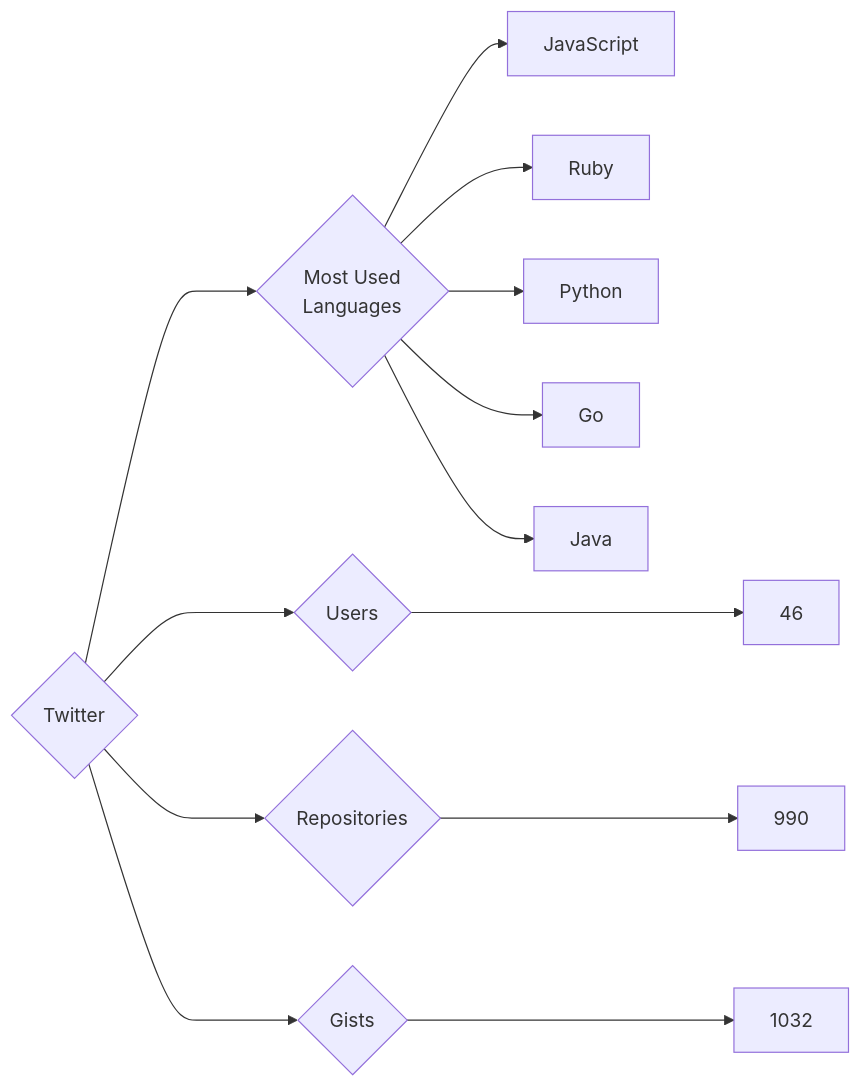
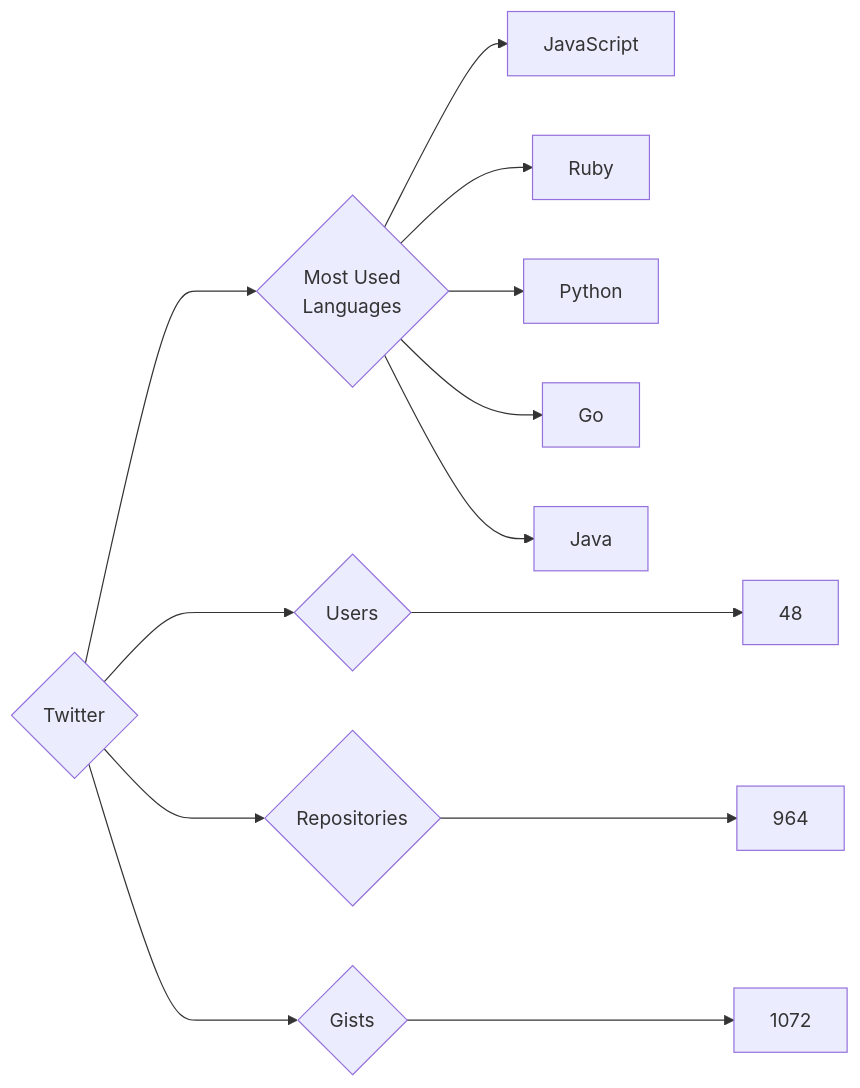
One commit to trickest/insiders changed the diagram in targets/Twitter/README.md. Above: the diagram before and after it, drawn with Mermaid. The commit also changed 955 other files, not shown here.

````diff
--- a/targets/Twitter/README.md
+++ b/targets/Twitter/README.md
@@ -3,13 +3,13 @@
 ```mermaid
 graph LR
 COMPANY_NAME{Twitter}
-COMPANY_NAME ---> U{Users} ---> UN[46]
-COMPANY_NAME ---> R{Repositories} ---> RN[990]
-COMPANY_NAME ---> G{Gists} ---> GN[1032]
+COMPANY_NAME ---> U{Users} ---> UN[48]
+COMPANY_NAME ---> R{Repositories} ---> RN[964]
+COMPANY_NAME ---> G{Gists} ---> GN[1072]
 COMPANY_NAME ---> ML{Most Used<br>Languages}
 ML --> JavaScript[JavaScript]
 ML --> Ruby[Ruby]
 ML --> Python[Python]
 ML --> Go[Go]
 ML --> Java[Java]
 ```
````
